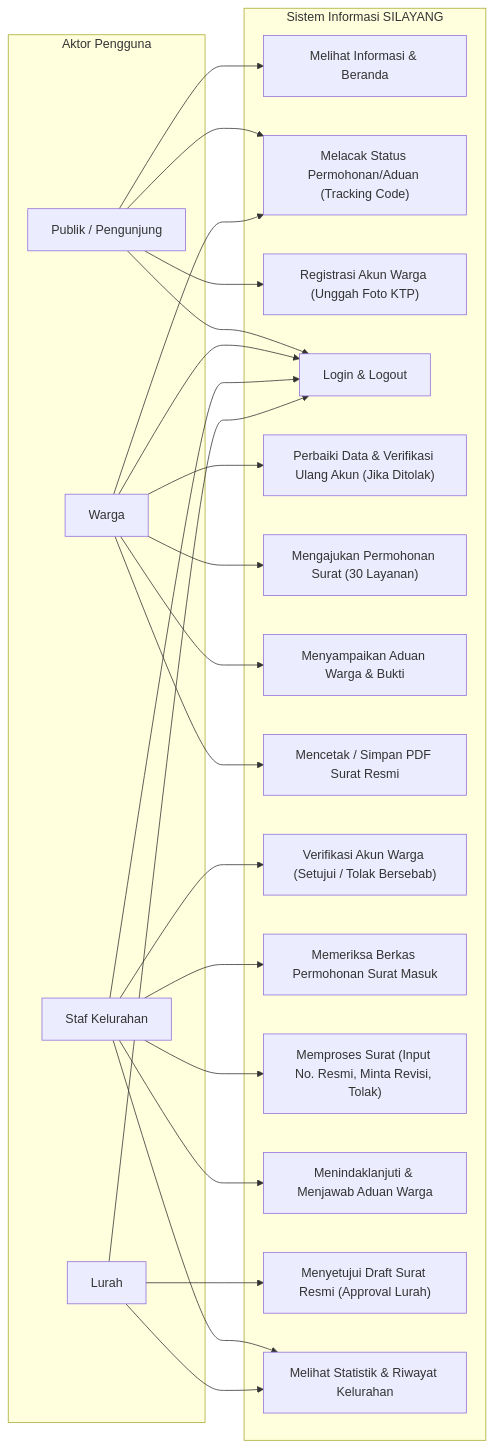
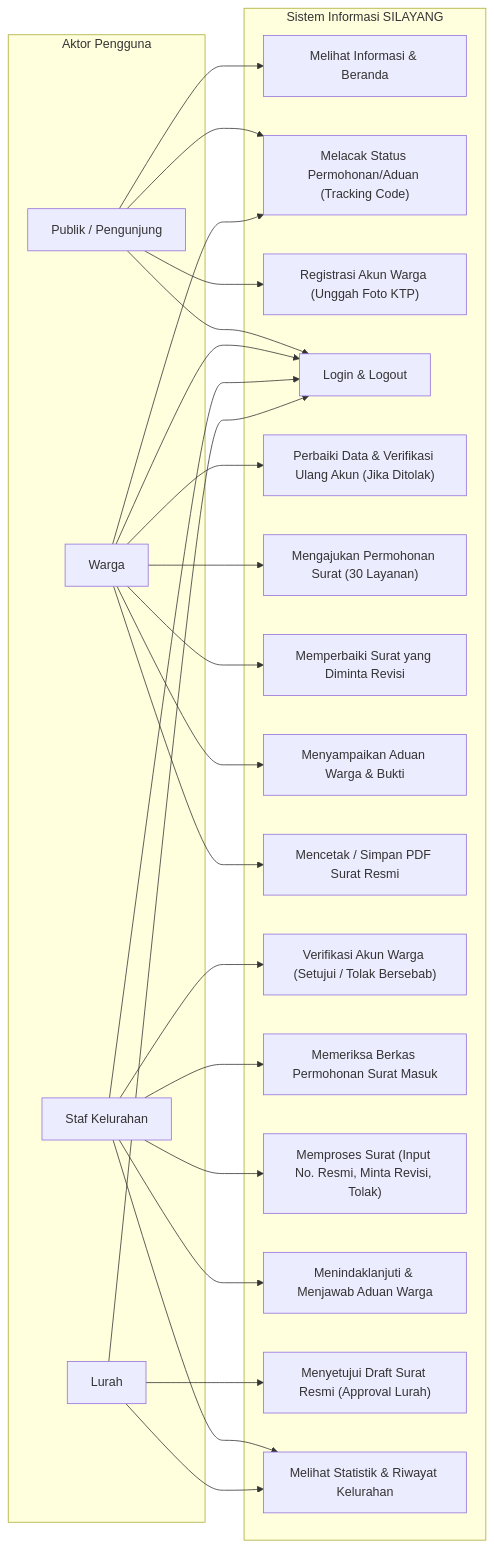
The first of 7 diagrams in README.md (mohakbarnusantara/SI-LAYANG), drawn with Mermaid before and after one commit. The commit also changed other lines of this file, not shown here.

````diff
--- a/README.md
+++ b/README.md
@@ -160,55 +192,51 @@
 ```mermaid
 flowchart LR
-    %% Aktor
     subgraph Aktor ["Aktor Pengguna"]
         Publik["Publik / Pengunjung"]
         Warga["Warga"]
         Staf["Staf Kelurahan"]
         Lurah["Lurah"]
     end
 
-    %% Batas Sistem
     subgraph System ["Sistem Informasi SILAYANG"]
         UC1["Melihat Informasi & Beranda"]
         UC2["Melacak Status Permohonan/Aduan (Tracking Code)"]
         UC3["Registrasi Akun Warga (Unggah Foto KTP)"]
         UC4["Login & Logout"]
         UC5["Perbaiki Data & Verifikasi Ulang Akun (Jika Ditolak)"]
         UC6["Mengajukan Permohonan Surat (30 Layanan)"]
-        UC7["Menyampaikan Aduan Warga & Bukti"]
-        UC8["Mencetak / Simpan PDF Surat Resmi"]
-        UC9["Verifikasi Akun Warga (Setujui / Tolak Bersebab)"]
-        UC10["Memeriksa Berkas Permohonan Surat Masuk"]
-        UC11["Memproses Surat (Input No. Resmi, Minta Revisi, Tolak)"]
-        UC12["Menindaklanjuti & Menjawab Aduan Warga"]
-        UC13["Menyetujui Draft Surat Resmi (Approval Lurah)"]
-        UC14["Melihat Statistik & Riwayat Kelurahan"]
+        UC7["Memperbaiki Surat yang Diminta Revisi"]
+        UC8["Menyampaikan Aduan Warga & Bukti"]
+        UC9["Mencetak / Simpan PDF Surat Resmi"]
+        UC10["Verifikasi Akun Warga (Setujui / Tolak Bersebab)"]
+        UC11["Memeriksa Berkas Permohonan Surat Masuk"]
+        UC12["Memproses Surat (Input No. Resmi, Minta Revisi, Tolak)"]
+        UC13["Menindaklanjuti & Menjawab Aduan Warga"]
+        UC14["Menyetujui Draft Surat Resmi (Approval Lurah)"]
+        UC15["Melihat Statistik & Riwayat Kelurahan"]
     end
 
-    %% Relasi Aktor Publik
     Publik --> UC1
     Publik --> UC2
     Publik --> UC3
     Publik --> UC4
 
-    %% Relasi Warga
     Warga --> UC4
     Warga --> UC5
     Warga --> UC6
     Warga --> UC7
     Warga --> UC8
+    Warga --> UC9
     Warga --> UC2
 
-    %% Relasi Staf Kelurahan
     Staf --> UC4
-    Staf --> UC9
     Staf --> UC10
     Staf --> UC11
     Staf --> UC12
-    Staf --> UC14
+    Staf --> UC13
+    Staf --> UC15
 
-    %% Relasi Lurah
     Lurah --> UC4
-    Lurah --> UC13
     Lurah --> UC14
+    Lurah --> UC15
 ```
````
